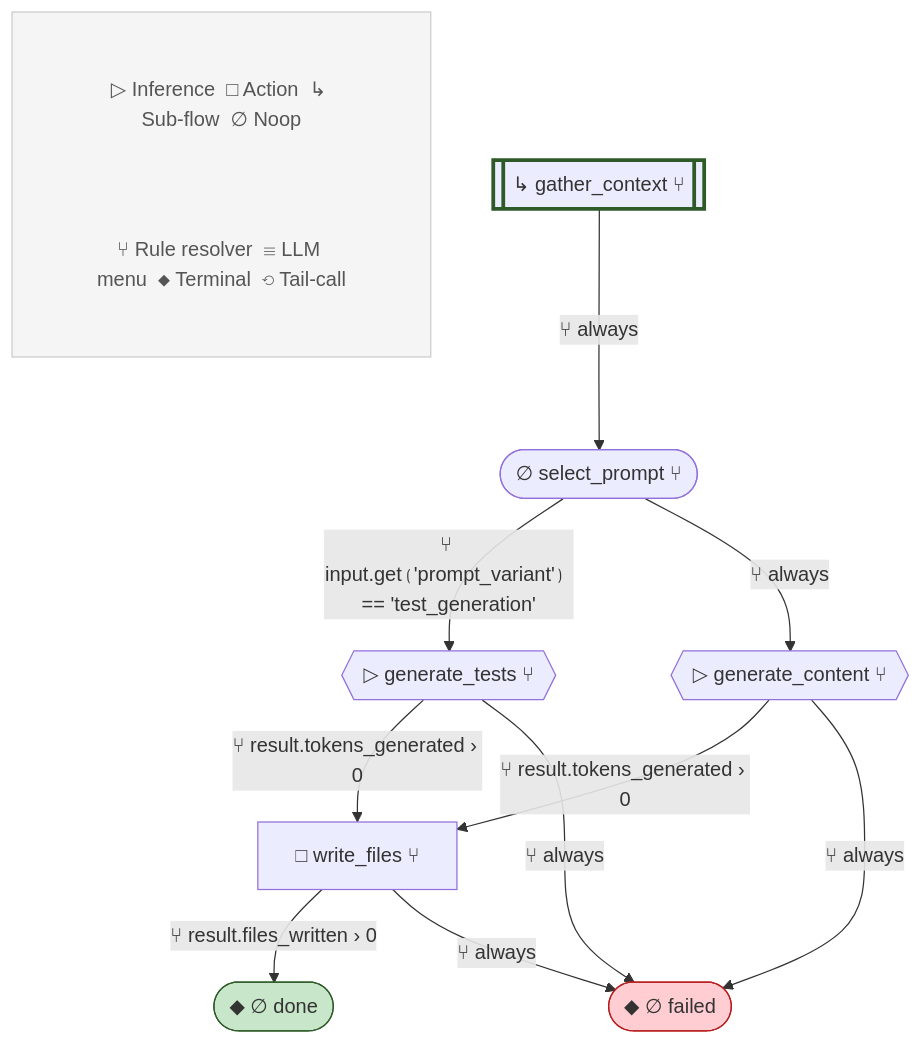
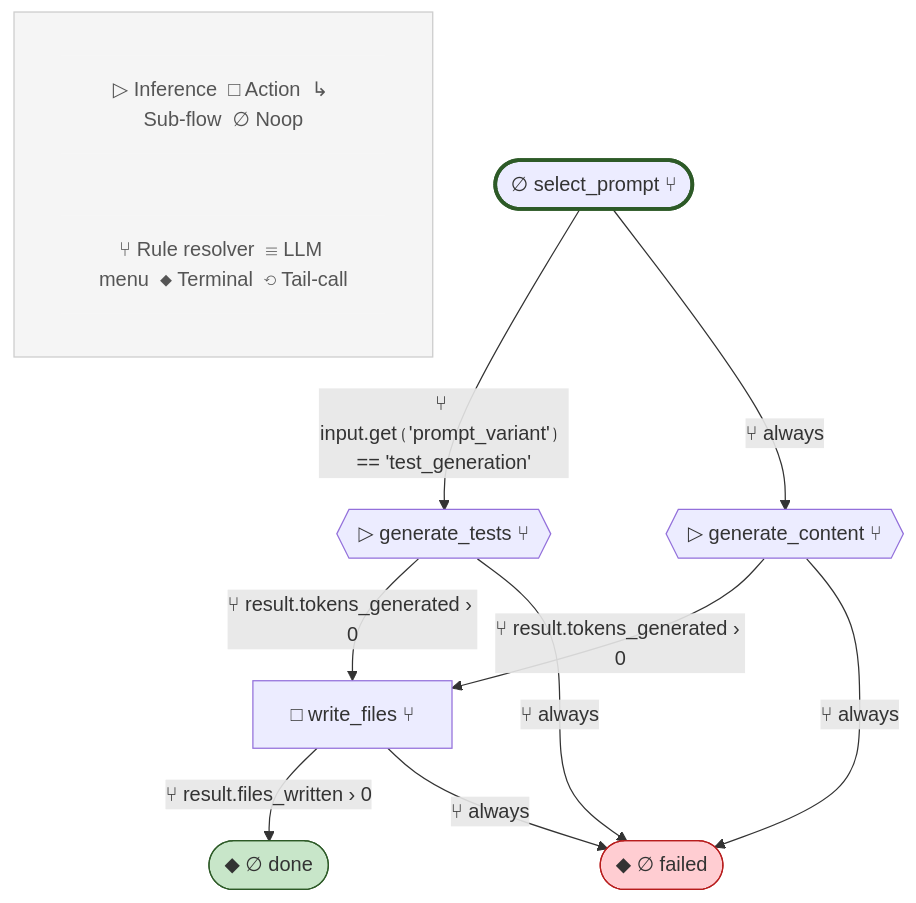
The tenth of 17 diagrams in blueprint.md (lah-rb/ouroboros), drawn with Mermaid before and after one commit. The commit also changed other lines of this file and 355 other files, not shown here.

````diff
--- a/blueprint.md
+++ b/blueprint.md
@@ -1008,35 +863,33 @@
 ```mermaid
 flowchart TD
-    %% create v1
+    %% create v2
 
     subgraph Legend[" "]
         L1["▷ Inference  □ Action  ↳ Sub-flow  ∅ Noop"]
         L2["⑂ Rule resolver  ☰ LLM menu  ◆ Terminal  ⟲ Tail-call"]
     end
     style Legend fill:#f5f5f5,stroke:#ccc,stroke-width:1px
     style L1 fill:#f5f5f5,stroke:none,color:#555
     style L2 fill:#f5f5f5,stroke:none,color:#555
 
-    gather_context[["↳ gather_context ⑂"]]
     select_prompt(["∅ select_prompt ⑂"])
     generate_content{{"▷ generate_content ⑂"}}
     generate_tests{{"▷ generate_tests ⑂"}}
     write_files["□ write_files ⑂"]
     done(["◆ ∅ done"])
     failed(["◆ ∅ failed"])
 
-    style gather_context stroke-width:3px,stroke:#2d5a27
+    style select_prompt stroke-width:3px,stroke:#2d5a27
 
-    gather_context -->|⑂ always| select_prompt
     select_prompt -->|⑂ input.get⟮'prompt_variant'⟯ == 'test_generation'| generate_tests
     select_prompt -->|⑂ always| generate_content
     generate_content -->|⑂ result.tokens_generated › 0| write_files
     generate_content -->|⑂ always| failed
     generate_tests -->|⑂ result.tokens_generated › 0| write_files
     generate_tests -->|⑂ always| failed
     write_files -->|⑂ result.files_written › 0| done
     write_files -->|⑂ always| failed
 
     style done fill:#c8e6c9,stroke:#2d5a27
     style failed fill:#ffcdd2,stroke:#b71c1c
 ```
````
